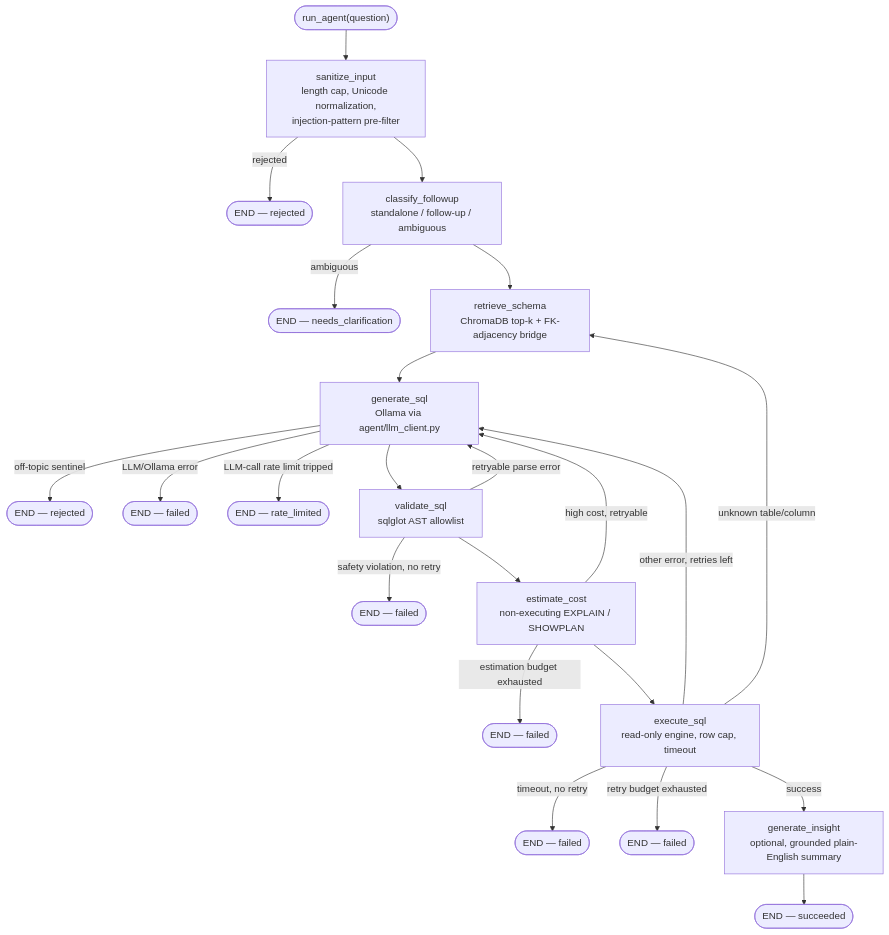
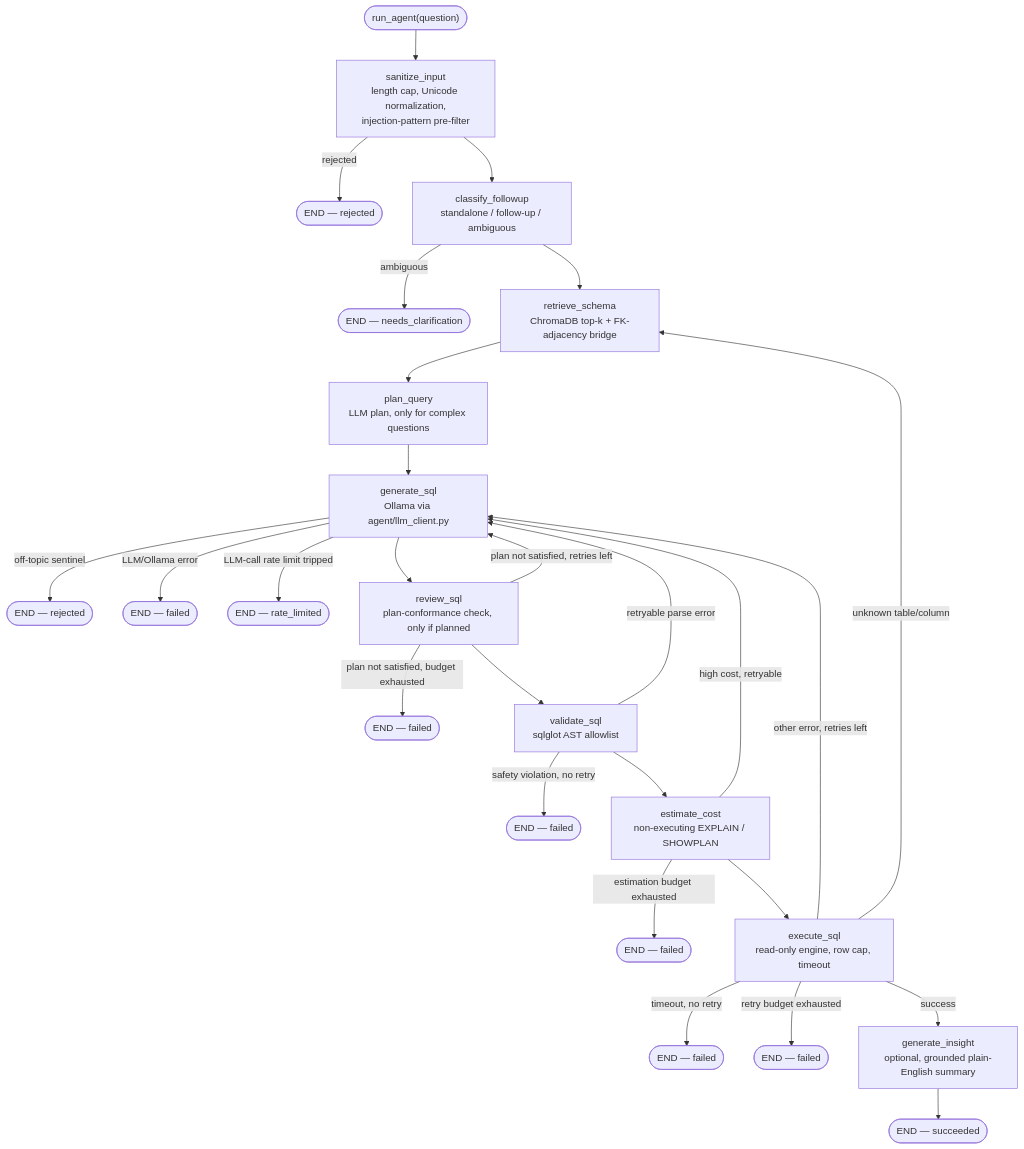
One commit to surajkumarnavodya/text-to-sql-agent-langgraph changed the first of 3 diagrams in docs/ARCHITECTURE.md. Above: the diagram before and after it, drawn with Mermaid. The commit also changed other lines of this file and 13 other files, not shown here.

````diff
--- a/docs/ARCHITECTURE.md
+++ b/docs/ARCHITECTURE.md
@@ -24,25 +24,29 @@
 ```mermaid
 flowchart TD
     START(["run_agent(question)"]) --> SI["sanitize_input<br/>length cap, Unicode normalization,<br/>injection-pattern pre-filter"]
     SI -->|rejected| ENDREJ1(["END — rejected"])
     SI --> CF["classify_followup<br/>standalone / follow-up / ambiguous"]
     CF -->|ambiguous| ENDCLAR(["END — needs_clarification"])
     CF --> RS["retrieve_schema<br/>ChromaDB top-k + FK-adjacency bridge"]
-    RS --> GS["generate_sql<br/>Ollama via agent/llm_client.py"]
+    RS --> PQ["plan_query<br/>LLM plan, only for complex questions"]
+    PQ --> GS["generate_sql<br/>Ollama via agent/llm_client.py"]
     GS -->|off-topic sentinel| ENDREJ2(["END — rejected"])
     GS -->|LLM/Ollama error| ENDFAIL1(["END — failed"])
     GS -->|LLM-call rate limit tripped| ENDRATE(["END — rate_limited"])
-    GS --> VS["validate_sql<br/>sqlglot AST allowlist"]
+    GS --> RV["review_sql<br/>plan-conformance check, only if planned"]
+    RV -->|plan not satisfied, retries left| GS
+    RV -->|plan not satisfied, budget exhausted| ENDFAIL6(["END — failed"])
+    RV --> VS["validate_sql<br/>sqlglot AST allowlist"]
     VS -->|safety violation, no retry| ENDFAIL2(["END — failed"])
     VS -->|retryable parse error| GS
     VS --> CE["estimate_cost<br/>non-executing EXPLAIN / SHOWPLAN"]
     CE -->|high cost, retryable| GS
     CE -->|estimation budget exhausted| ENDFAIL3(["END — failed"])
     CE --> ES["execute_sql<br/>read-only engine, row cap, timeout"]
     ES -->|unknown table/column| RS
     ES -->|other error, retries left| GS
     ES -->|timeout, no retry| ENDFAIL4(["END — failed"])
     ES -->|retry budget exhausted| ENDFAIL5(["END — failed"])
     ES -->|success| GI["generate_insight<br/>optional, grounded plain-English summary"]
     GI --> ENDOK(["END — succeeded"])
 ```
````
